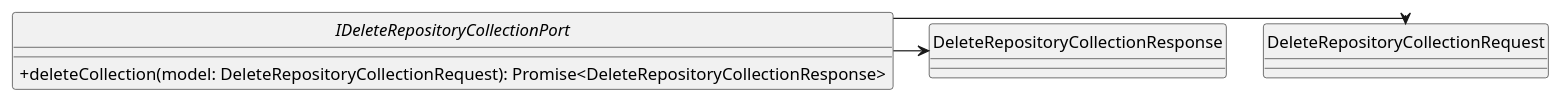
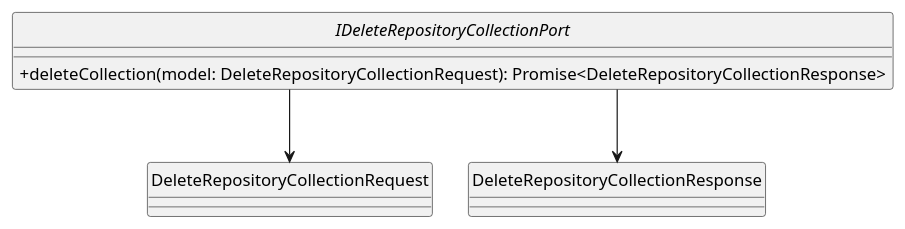
Before and after one commit to SkarabGroup/DocumentazioneProgetto: the diagram in assets/st_diagrams/code/plantuml/analysis/application/ports/deleteRepositoryCollection.port.plantuml, drawn with PlantUML. The commit also changed 45 other files, not shown here.

```diff
--- a/assets/st_diagrams/code/plantuml/analysis/application/ports/deleteRepositoryCollection.port.plantuml
+++ b/assets/st_diagrams/code/plantuml/analysis/application/ports/deleteRepositoryCollection.port.plantuml
@@ -1,15 +1,15 @@
 @startuml IDeleteRepositoryCollectionPort
 skinparam componentStyle uml2.5
 skinparam linetype ortho
 skinparam nodesep 30
 skinparam ranksep 30
 skinparam ClassAttributeIconSize 0
 hide circles
 
 interface IDeleteRepositoryCollectionPort {
     + deleteCollection(model: DeleteRepositoryCollectionRequest): Promise<DeleteRepositoryCollectionResponse>
 }
 
-IDeleteRepositoryCollectionPort --right-> DeleteRepositoryCollectionRequest
-IDeleteRepositoryCollectionPort --right-> DeleteRepositoryCollectionResponse
+IDeleteRepositoryCollectionPort --down-> DeleteRepositoryCollectionRequest
+IDeleteRepositoryCollectionPort --down-> DeleteRepositoryCollectionResponse
 @enduml
```
